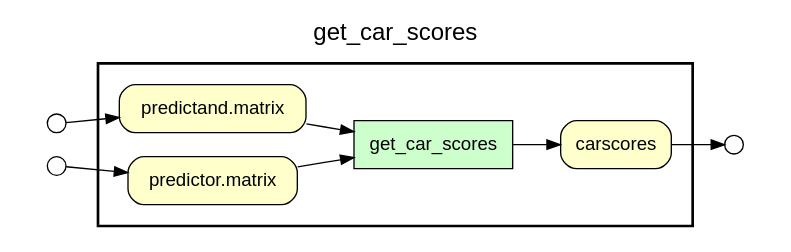
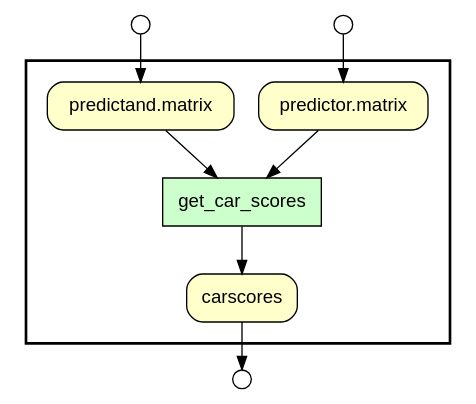
One commit to idaks/wt-prov-Summer-2017 changed the diagram in .prov_scripts/gv_files/getcarscores.gv. Above: the diagram before and after it, drawn with Graphviz. The commit also changed 249 other files, not shown here.

Commit message:
Updated Provenance Graphs

```diff
--- a/.prov_scripts/gv_files/getcarscores.gv
+++ b/.prov_scripts/gv_files/getcarscores.gv
@@ -1,32 +1,26 @@
 digraph Workflow {
-rankdir=LR
+rankdir=TB
 fontname=Helvetica; fontsize=18; labelloc=t
-label=get_car_scores
+label=""
 subgraph cluster_workflow_box_outer { label=""; color=black; penwidth=2
 subgraph cluster_workflow_box_inner { label=""; penwidth=0
 node[shape=box style=filled fillcolor="#CCFFCC" peripheries=1 fontname=Helvetica]
 get_car_scores
 node[shape=box style="rounded,filled" fillcolor="#FFFFCC" peripheries=1 fontname=Helvetica]
 carscores
 "predictand.matrix"
 "predictor.matrix"
 node[shape=box style="rounded,filled" fillcolor="#FCFCFC" peripheries=1 fontname=Helvetica]
 get_car_scores -> carscores
 "predictand.matrix" -> get_car_scores
 "predictor.matrix" -> get_car_scores
 }}
-subgraph cluster_input_ports_group_outer { label=""; penwidth=0
-subgraph cluster_input_ports_group_inner { label=""; penwidth=0
 node[shape=circle style="rounded,filled" fillcolor="#FFFFFF" peripheries=1 fontname=Helvetica width=0.2]
 "predictand.matrix_input_port" [label=""]
 "predictor.matrix_input_port" [label=""]
-}}
-subgraph cluster_output_ports_group_outer { label=""; penwidth=0
-subgraph cluster_output_ports_group_inner { label=""; penwidth=0
 node[shape=circle style="rounded,filled" fillcolor="#FFFFFF" peripheries=1 fontname=Helvetica width=0.2]
 carscores_output_port [label=""]
-}}
 "predictand.matrix_input_port" -> "predictand.matrix"
 "predictor.matrix_input_port" -> "predictor.matrix"
 carscores -> carscores_output_port
 }
```
